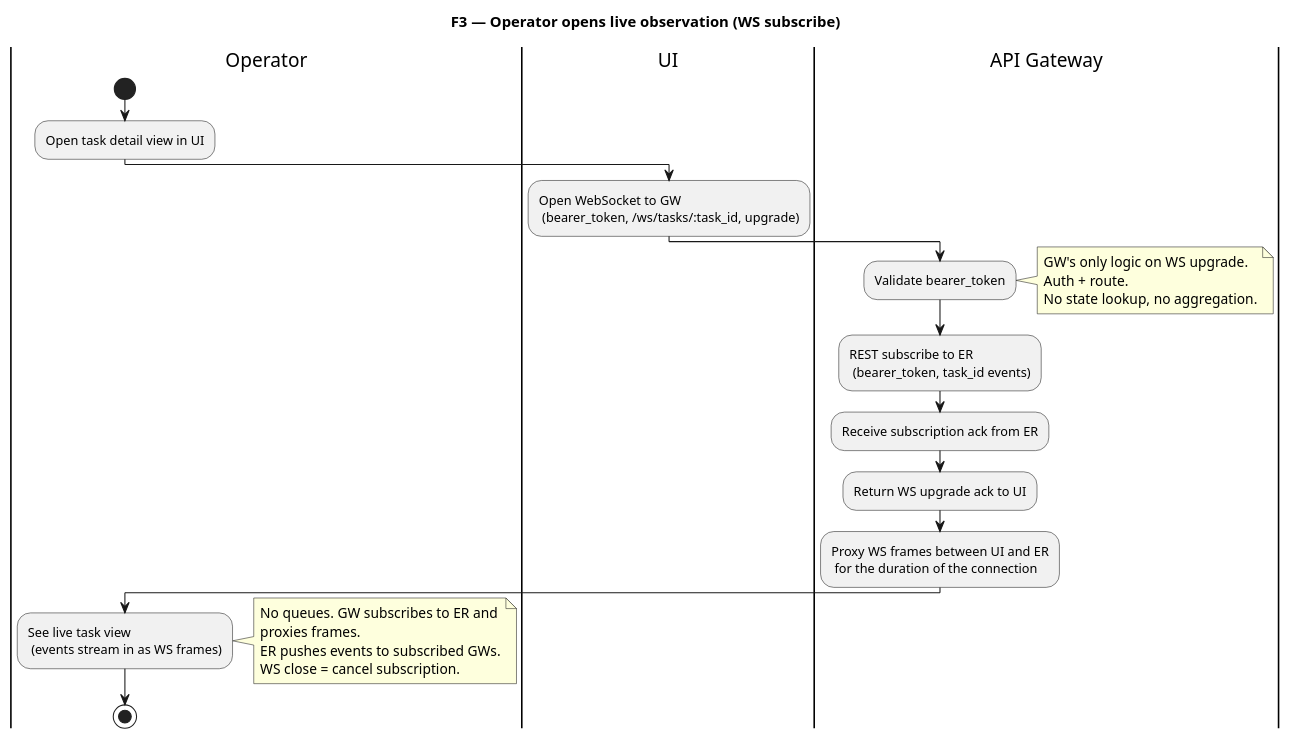
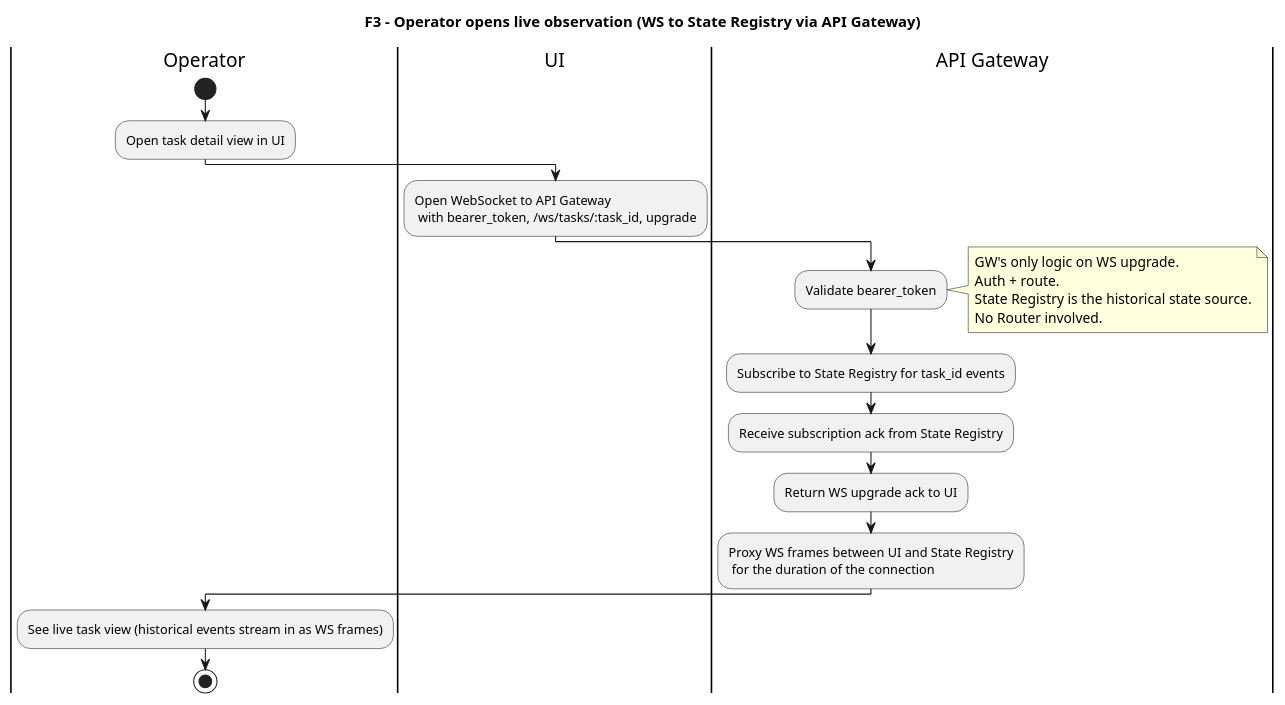
One commit to pandops/flowai changed the diagram in docs/architecture/diagrams/f3-operator-ws-subscribe.puml. Above: the diagram before and after it, drawn with PlantUML. The commit also changed 5 other files, not shown here.

First line of the commit message:
docs(architecture): update setup flow diagrams

```diff
--- a/docs/architecture/diagrams/f3-operator-ws-subscribe.puml
+++ b/docs/architecture/diagrams/f3-operator-ws-subscribe.puml
@@ -1,39 +1,31 @@
 @startuml f3-operator-ws-subscribe
-title F3 — Operator opens live observation (WS subscribe)
+title F3 - Operator opens live observation (WS to State Registry via API Gateway)
 
 |Operator|
 start
 :Open task detail view in UI;
 
 |UI|
-:Open WebSocket to GW
- (bearer_token, /ws/tasks/:task_id, upgrade);
+:Open WebSocket to API Gateway
+ with bearer_token, /ws/tasks/:task_id, upgrade;
 
 |API Gateway|
 :Validate bearer_token;
 note right
   GW's only logic on WS upgrade.
   Auth + route.
-  No state lookup, no aggregation.
+  State Registry is the historical state source.
+  No Router involved.
 end note
-:REST subscribe to ER
- (bearer_token, task_id events);
-:Receive subscription ack from ER;
+:Subscribe to State Registry for task_id events;
+:Receive subscription ack from State Registry;
 :Return WS upgrade ack to UI;
-:Proxy WS frames between UI and ER
+:Proxy WS frames between UI and State Registry
  for the duration of the connection;
 
 |Operator|
-:See live task view
- (events stream in as WS frames);
-
-note right
-  No queues. GW subscribes to ER and
-  proxies frames.
-  ER pushes events to subscribed GWs.
-  WS close = cancel subscription.
-end note
+:See live task view (historical events stream in as WS frames);
 
 stop
 
 @enduml
```
